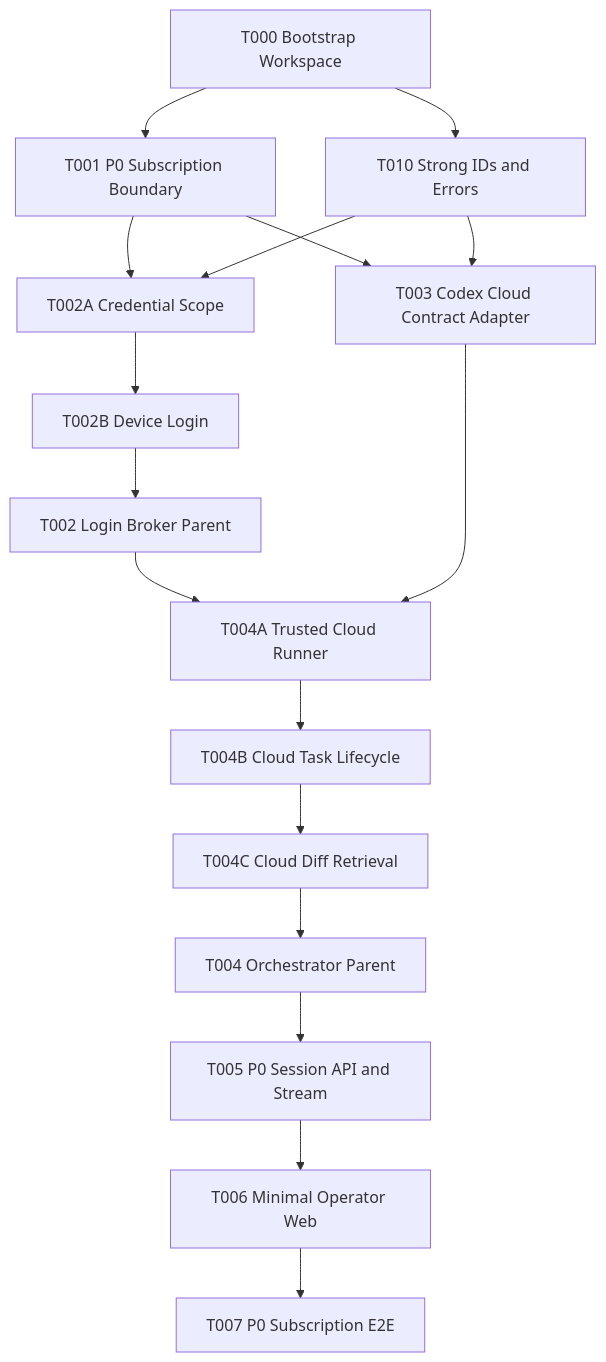
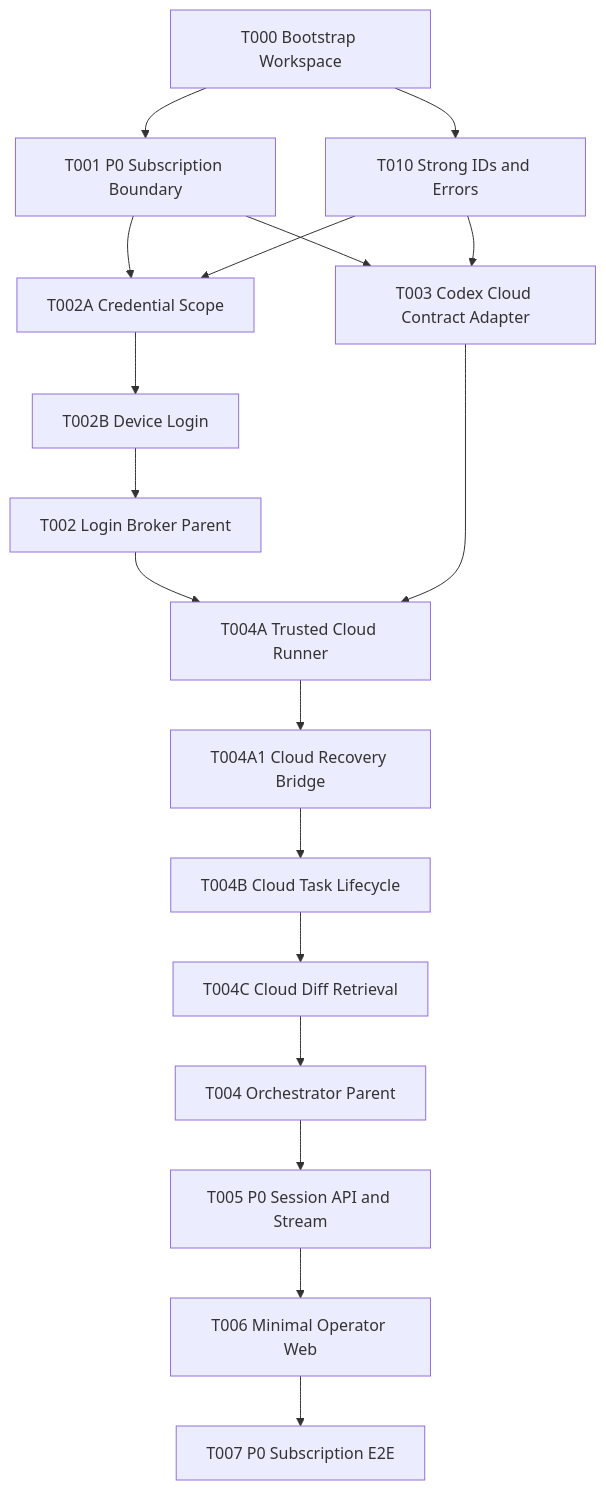
The third of 4 diagrams in docs/TD.md (fallrising/fanzloud), drawn with Mermaid before and after one commit. The commit also changed other lines of this file and 16 other files, not shown here.

Commit message:
feat: add Cloud submit recovery bridge

````diff
--- a/docs/TD.md
+++ b/docs/TD.md
@@ -1609,19 +1609,20 @@
 ```mermaid
 flowchart TD
     T000[T000 Bootstrap Workspace] --> T001[T001 P0 Subscription Boundary]
     T000 --> T010[T010 Strong IDs and Errors]
     T001 --> T002A[T002A Credential Scope]
     T010 --> T002A
     T002A --> T002B[T002B Device Login]
     T002B --> T002[T002 Login Broker Parent]
     T001 --> T003[T003 Codex Cloud Contract Adapter]
     T010 --> T003
     T002 --> T004A[T004A Trusted Cloud Runner]
     T003 --> T004A
-    T004A --> T004B[T004B Cloud Task Lifecycle]
+    T004A --> T004A1[T004A1 Cloud Recovery Bridge]
+    T004A1 --> T004B[T004B Cloud Task Lifecycle]
     T004B --> T004C[T004C Cloud Diff Retrieval]
     T004C --> T004[T004 Orchestrator Parent]
     T004 --> T005[T005 P0 Session API and Stream]
     T005 --> T006[T006 Minimal Operator Web]
     T006 --> T007[T007 P0 Subscription E2E]
 ```
````
